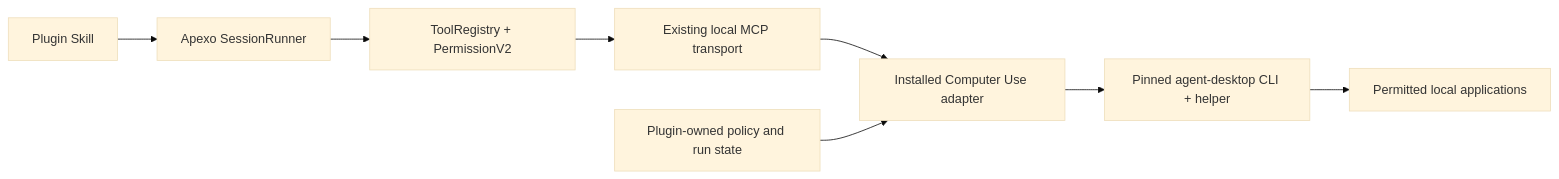
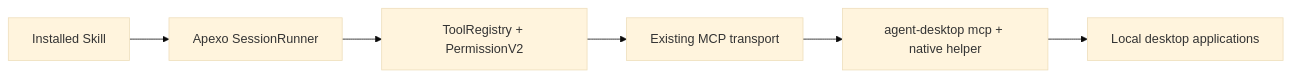
Before and after one commit to cluster1900/apexo-code: the diagram in docs/computer-use-plugin-development.md, drawn with Mermaid (base theme). The commit also changed other lines of this file and 2 other files, not shown here.

Commit message:
docs(plugin): simplify computer use integration plan

````diff
--- a/docs/computer-use-plugin-development.md
+++ b/docs/computer-use-plugin-development.md
@@ -48,10 +44,8 @@
 ```mermaid
 flowchart LR
-    Runner["Apexo SessionRunner"] --> Tools["ToolRegistry + PermissionV2"]
-    Tools --> MCP["Existing local MCP transport"]
-    MCP --> Adapter["Installed Computer Use adapter"]
-    Adapter --> Native["Pinned agent-desktop CLI + helper"]
-    Native --> Apps["Permitted local applications"]
-    Skill["Plugin Skill"] --> Runner
-    Policy["Plugin-owned policy and run state"] --> Adapter
+    Skill["Installed Skill"] --> Runner["Apexo SessionRunner"]
+    Runner --> Tools["ToolRegistry + PermissionV2"]
+    Tools --> MCP["Existing MCP transport"]
+    MCP --> Native["agent-desktop mcp + native helper"]
+    Native --> Apps["Local desktop applications"]
 ```
````
